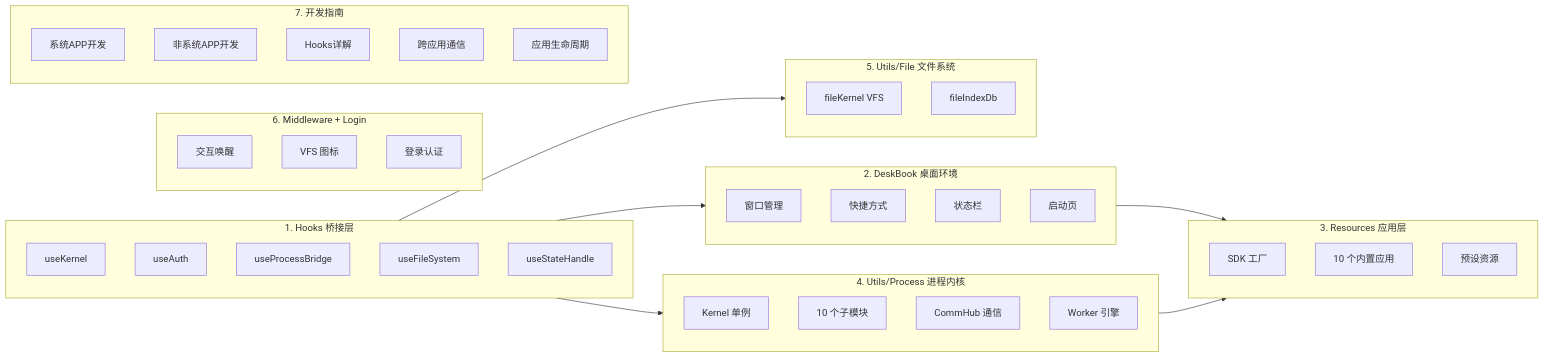
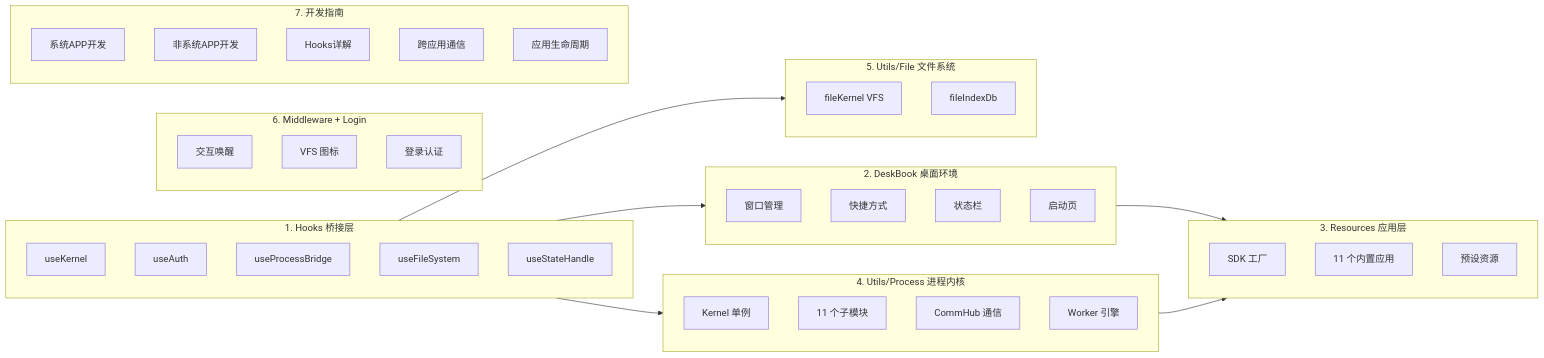
Before and after one commit to suluwanqing/sukinOS: the second of 4 diagrams in docs/module/00-overview.md, drawn with Mermaid. The commit also changed other lines of this file and 104 other files, not shown here.

````diff
--- a/docs/module/00-overview.md
+++ b/docs/module/00-overview.md
@@ -146,55 +147,55 @@
 ```mermaid
 graph LR
     subgraph M1["1. Hooks 桥接层"]
         H1[useKernel]
         H2[useAuth]
         H3[useProcessBridge]
         H4[useFileSystem]
         H5[useStateHandle]
     end
 
     subgraph M2["2. DeskBook 桌面环境"]
         D1[窗口管理]
         D2[快捷方式]
         D3[状态栏]
         D4[启动页]
     end
 
     subgraph M3["3. Resources 应用层"]
         R1[SDK 工厂]
-        R2[10 个内置应用]
+        R2[11 个内置应用]
         R3[预设资源]
     end
 
     subgraph M4["4. Utils/Process 进程内核"]
         K1[Kernel 单例]
-        K2[10 个子模块]
+        K2[11 个子模块]
         K3[CommHub 通信]
         K4[Worker 引擎]
     end
 
     subgraph M5["5. Utils/File 文件系统"]
         F1[fileKernel VFS]
         F2[fileIndexDb]
     end
 
     subgraph M6["6. Middleware + Login"]
         MW1[交互唤醒]
         MW2[VFS 图标]
         MW3[登录认证]
     end
 
     M1 --> M4
     M1 --> M5
     M1 --> M2
     M2 --> M3
     subgraph M7["7. 开发指南"]
         DG1[系统APP开发]
         DG2[非系统APP开发]
         DG3[Hooks详解]
         DG4[跨应用通信]
         DG5[应用生命周期]
     end
 
     M4 --> M3
 ```
````
